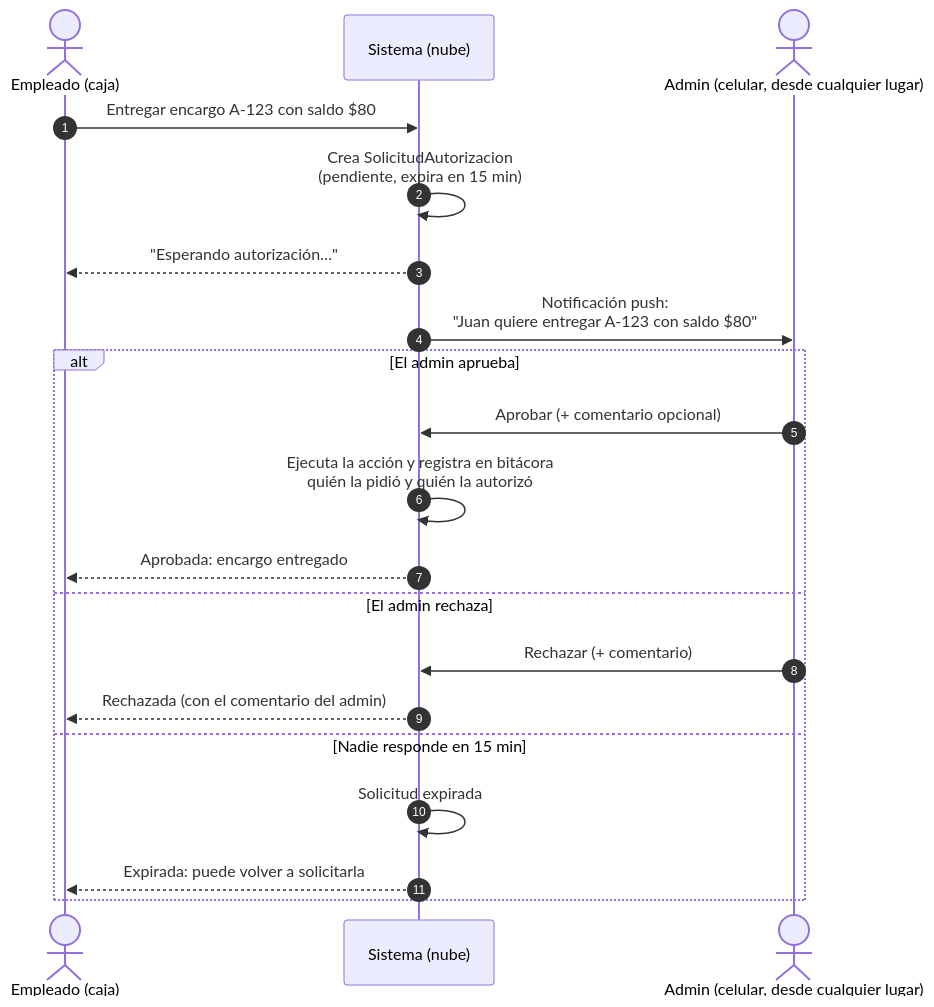
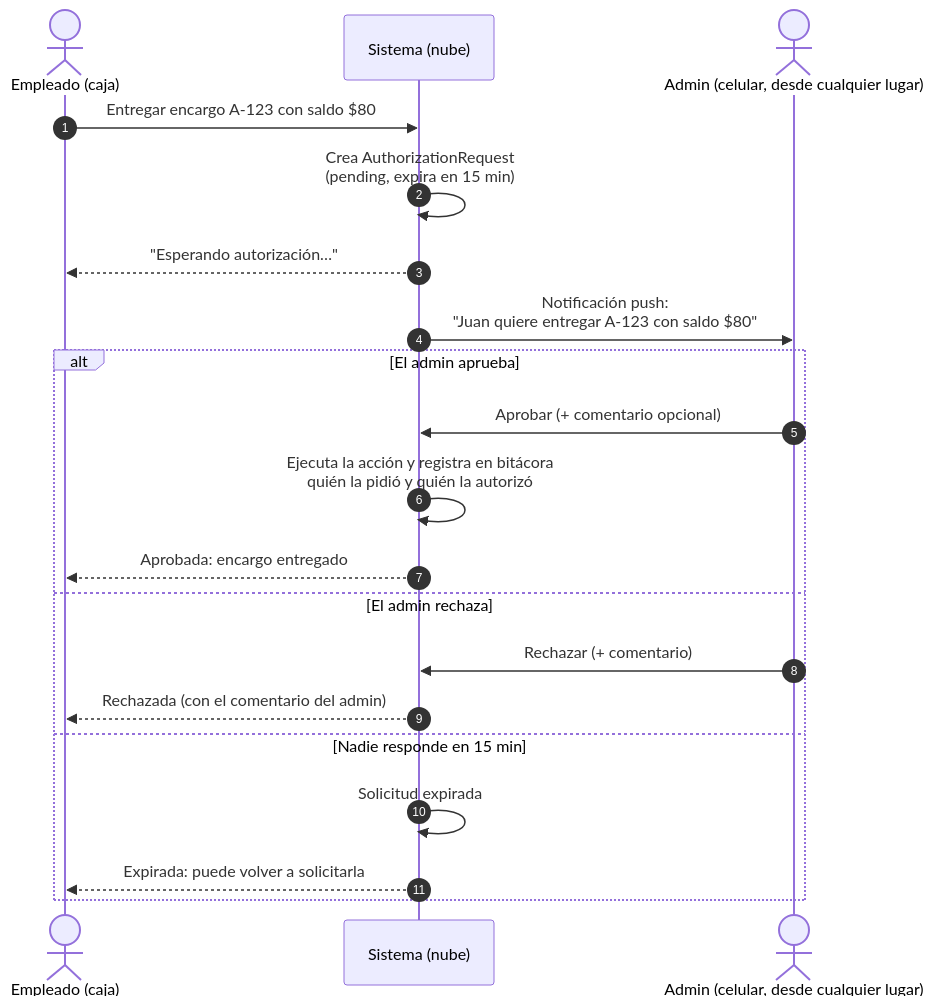
One commit to atneses/open-laundry changed the fourth of 4 diagrams in mvp.md. Above: the diagram before and after it, drawn with Mermaid. The commit also changed other lines of this file and 1 other file, not shown here.

````diff
--- a/mvp.md
+++ b/mvp.md
@@ -718,24 +739,24 @@
 ```mermaid
 sequenceDiagram
     autonumber
     actor E as Empleado (caja)
     participant S as Sistema (nube)
     actor A as Admin (celular, desde cualquier lugar)
 
     E->>S: Entregar encargo A-123 con saldo $80
-    S->>S: Crea SolicitudAutorizacion<br/>(pendiente, expira en 15 min)
+    S->>S: Crea AuthorizationRequest<br/>(pending, expira en 15 min)
     S-->>E: "Esperando autorización…"
     S->>A: Notificación push:<br/>"Juan quiere entregar A-123 con saldo $80"
 
     alt El admin aprueba
         A->>S: Aprobar (+ comentario opcional)
         S->>S: Ejecuta la acción y registra en bitácora<br/>quién la pidió y quién la autorizó
         S-->>E: Aprobada: encargo entregado
     else El admin rechaza
         A->>S: Rechazar (+ comentario)
         S-->>E: Rechazada (con el comentario del admin)
     else Nadie responde en 15 min
         S->>S: Solicitud expirada
         S-->>E: Expirada: puede volver a solicitarla
     end
 ```
````
